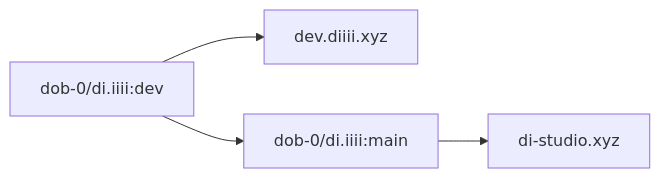
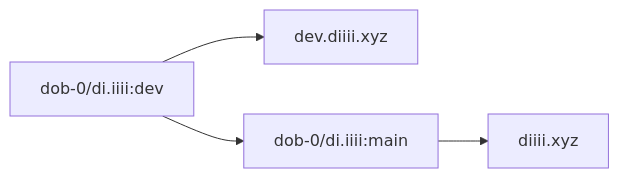
The diagram in docs/ops/PRIVATE_DEV_PUBLIC_SHOWCASE.md (dob-0/di.iiii), drawn with Mermaid before and after one commit. The commit also changed 181 other files, not shown here.

First line of the commit message:
diiii.xyz is the one public address; guard against di-studio.xyz in new code

````diff
--- a/docs/ops/PRIVATE_DEV_PUBLIC_SHOWCASE.md
+++ b/docs/ops/PRIVATE_DEV_PUBLIC_SHOWCASE.md
@@ -11,6 +11,6 @@
 ```mermaid
 flowchart LR
     dev["dob-0/di.iiii:dev"] --> devtier_env["dev.diiii.xyz"]
     dev --> main["dob-0/di.iiii:main"]
-    main --> host["di-studio.xyz"]
+    main --> host["diiii.xyz"]
 ```
````
